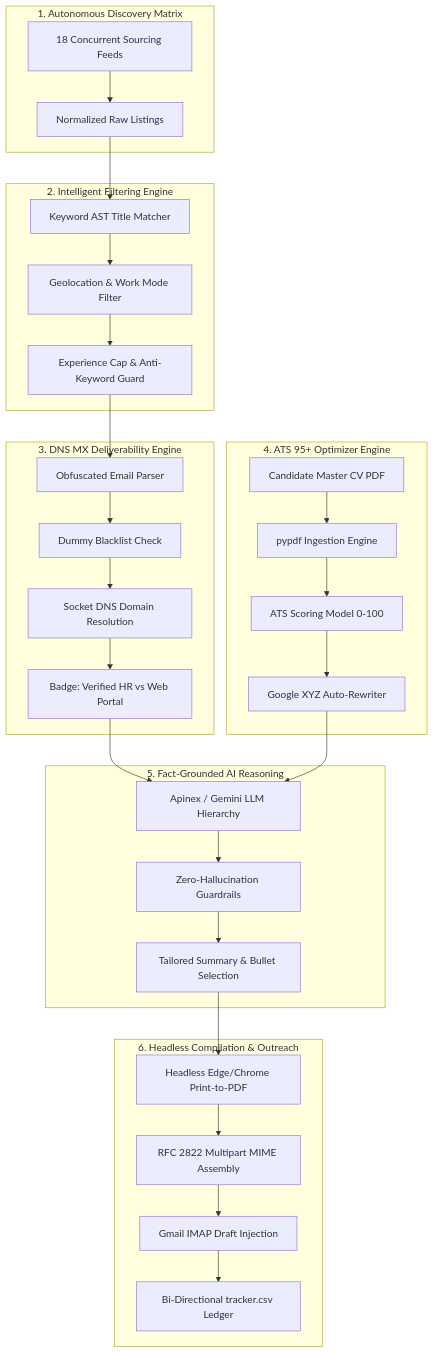
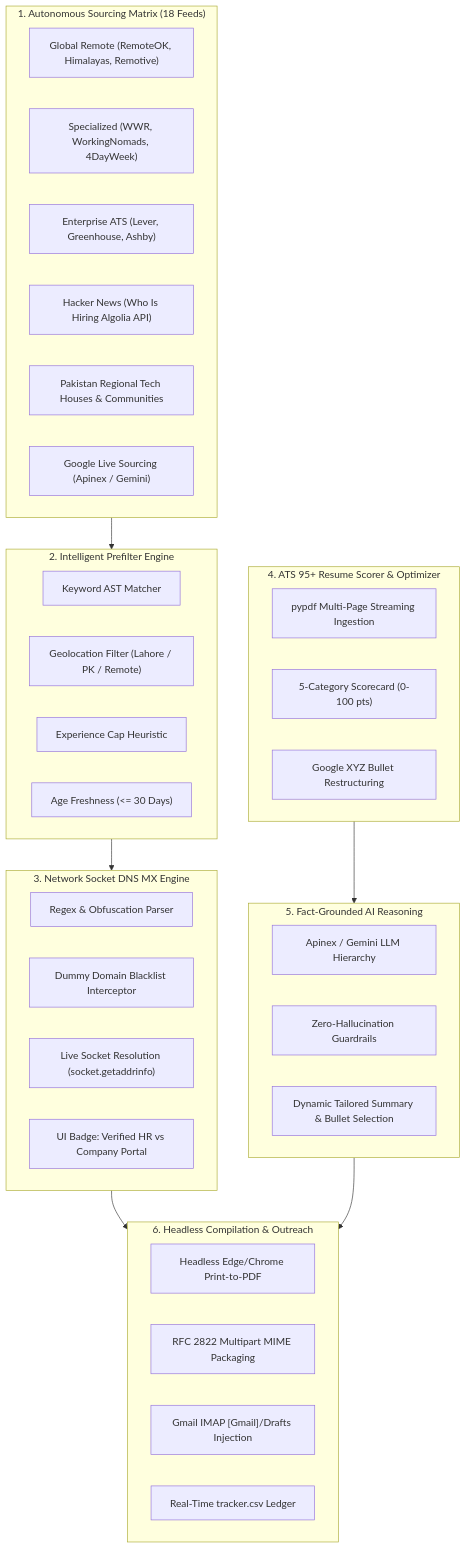
Before and after one commit to pasha804/pasha-hunt: the third of 11 diagrams in prd.md, drawn with Mermaid. The commit also changed other lines of this file and 2 other files, not shown here.

Commit message:
Docs: Rich Visual Architecture, Pipeline Flowcharts, and PRD Diagrams (v2.0)

````diff
--- a/prd.md
+++ b/prd.md
@@ -46,38 +84,48 @@
 ```mermaid
 flowchart TD
-    subgraph INGESTION ["1. Autonomous Discovery Matrix"]
-        A1[18 Concurrent Sourcing Feeds] --> A2[Normalized Raw Listings]
+    subgraph INGESTION ["1. Autonomous Sourcing Matrix (18 Feeds)"]
+        A1["Global Remote (RemoteOK, Himalayas, Remotive)"]
+        A2["Specialized (WWR, WorkingNomads, 4DayWeek)"]
+        A3["Enterprise ATS (Lever, Greenhouse, Ashby)"]
+        A4["Hacker News (Who Is Hiring Algolia API)"]
+        A5["Pakistan Regional Tech Houses & Communities"]
+        A6["Google Live Sourcing (Apinex / Gemini)"]
     end
 
-    subgraph PREFILTER ["2. Intelligent Filtering Engine"]
-        A2 --> B1[Keyword AST Title Matcher]
-        B1 --> B2[Geolocation & Work Mode Filter]
-        B2 --> B3[Experience Cap & Anti-Keyword Guard]
+    subgraph FILTERING ["2. Intelligent Prefilter Engine"]
+        B1["Keyword AST Matcher"]
+        B2["Geolocation Filter (Lahore / PK / Remote)"]
+        B3["Experience Cap Heuristic"]
+        B4["Age Freshness (<= 30 Days)"]
     end
 
-    subgraph VERIFY ["3. DNS MX Deliverability Engine"]
-        B3 --> C1[Obfuscated Email Parser]
-        C1 --> C2[Dummy Blacklist Check]
-        C2 --> C3[Socket DNS Domain Resolution]
-        C3 --> C4[Badge: Verified HR vs Web Portal]
+    subgraph VALIDATION ["3. Network Socket DNS MX Engine"]
+        C1["Regex & Obfuscation Parser"]
+        C2["Dummy Domain Blacklist Interceptor"]
+        C3["Live Socket Resolution (socket.getaddrinfo)"]
+        C4["UI Badge: Verified HR vs Company Portal"]
     end
 
-    subgraph ATS_AUDIT ["4. ATS 95+ Optimizer Engine"]
-        D1[Candidate Master CV PDF] --> D2[pypdf Ingestion Engine]
-        D2 --> D3[ATS Scoring Model 0-100]
-        D3 --> D4[Google XYZ Auto-Rewriter]
+    subgraph ATS_OPTIMIZER ["4. ATS 95+ Resume Scorer & Optimizer"]
+        D1["pypdf Multi-Page Streaming Ingestion"]
+        D2["5-Category Scorecard (0-100 pts)"]
+        D3["Google XYZ Bullet Restructuring"]
     end
 
     subgraph REASONING ["5. Fact-Grounded AI Reasoning"]
-        C4 & D4 --> E1[Apinex / Gemini LLM Hierarchy]
-        E1 --> E2[Zero-Hallucination Guardrails]
-        E2 --> E3[Tailored Summary & Bullet Selection]
+        E1["Apinex / Gemini LLM Hierarchy"]
+        E2["Zero-Hallucination Guardrails"]
+        E3["Dynamic Tailored Summary & Bullet Selection"]
     end
 
-    subgraph OUTPUT ["6. Headless Compilation & Outreach"]
-        E3 --> F1[Headless Edge/Chrome Print-to-PDF]
-        F1 --> F2[RFC 2822 Multipart MIME Assembly]
-        F2 --> F3[Gmail IMAP Draft Injection]
-        F3 --> F4[Bi-Directional tracker.csv Ledger]
+    subgraph DISPATCH ["6. Headless Compilation & Outreach"]
+        F1["Headless Edge/Chrome Print-to-PDF"]
+        F2["RFC 2822 Multipart MIME Packaging"]
+        F3["Gmail IMAP [Gmail]/Drafts Injection"]
+        F4["Real-Time tracker.csv Ledger"]
     end
+
+    INGESTION --> FILTERING --> VALIDATION
+    ATS_OPTIMIZER --> REASONING
+    VALIDATION & REASONING --> DISPATCH
 ```
````
